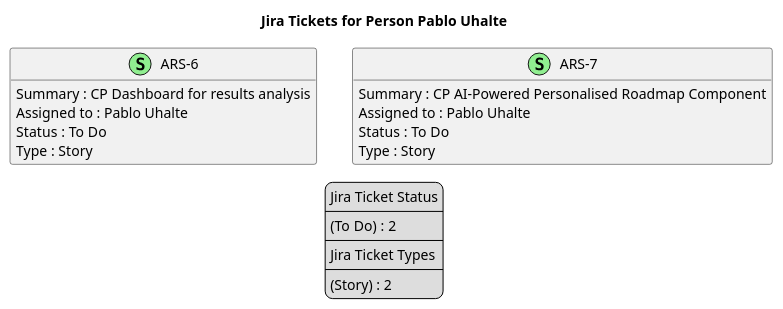
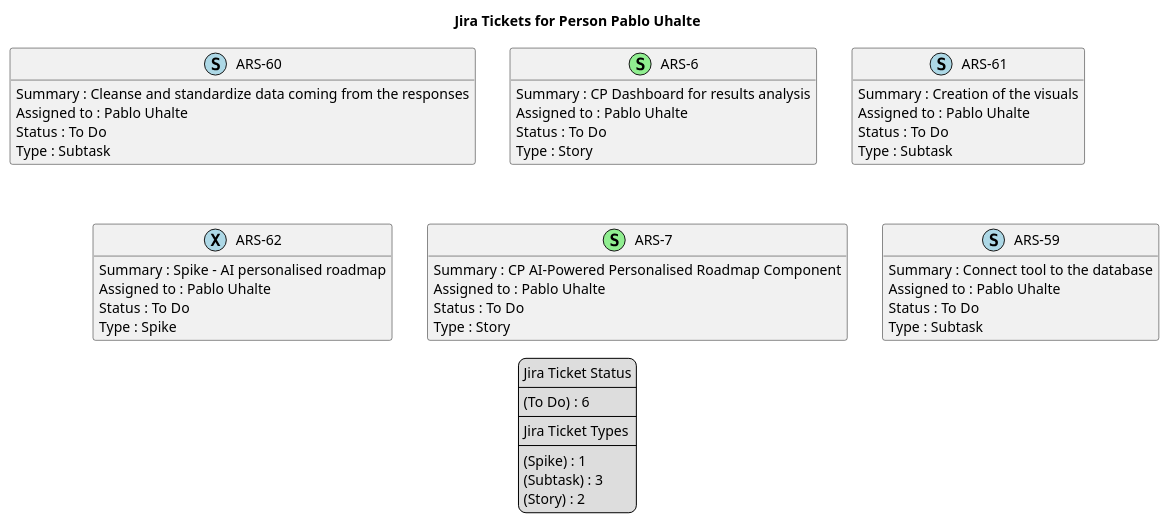
One commit to brunasti/jiraplotter changed the diagram in docs/nexus/jira-Person-Pablo_Uhalte.puml. Above: the diagram before and after it, drawn with PlantUML. The commit also changed 19 other files, not shown here.

```diff
--- a/docs/nexus/jira-Person-Pablo_Uhalte.puml
+++ b/docs/nexus/jira-Person-Pablo_Uhalte.puml
@@ -1,41 +1,71 @@
 @startuml
 'https://plantuml.com/class-diagram
 
 ' GENERATE CLASS DIAGRAM ===========
-' Generated at    : Tue May 14 12:25:21 CEST 2024
+' Generated at    : Tue May 14 15:35:46 CEST 2024
 
 title Jira Tickets for Person Pablo Uhalte
 hide empty members
 
 legend
 Jira Ticket Status
 ----
-(To Do) : 2
+(To Do) : 6
 ----
 Jira Ticket Types
 ----
+(Spike) : 1
+(Subtask) : 3
 (Story) : 2
 end legend
 
 
 ' Tickets =======
+class "ARS-60" << (S,lightblue) >> {
+  Summary : Cleanse and standardize data coming from the responses
+  Assigned to : Pablo Uhalte
+  Status : To Do
+  Type : Subtask
+}
+
 class "ARS-6" << (S,lightgreen) >> {
   Summary : CP Dashboard for results analysis
   Assigned to : Pablo Uhalte
   Status : To Do
   Type : Story
+}
+
+class "ARS-61" << (S,lightblue) >> {
+  Summary : Creation of the visuals
+  Assigned to : Pablo Uhalte
+  Status : To Do
+  Type : Subtask
+}
+
+class "ARS-62" << (X,lightblue) >> {
+  Summary : Spike - AI personalised roadmap
+  Assigned to : Pablo Uhalte
+  Status : To Do
+  Type : Spike
 }
 
 class "ARS-7" << (S,lightgreen) >> {
   Summary : CP AI-Powered Personalised Roadmap Component
   Assigned to : Pablo Uhalte
   Status : To Do
   Type : Story
 }
 
+class "ARS-59" << (S,lightblue) >> {
+  Summary : Connect tool to the database 
+  Assigned to : Pablo Uhalte
+  Status : To Do
+  Type : Subtask
+}
+
 
 
 ' Links =======
 
 
 @enduml
```
